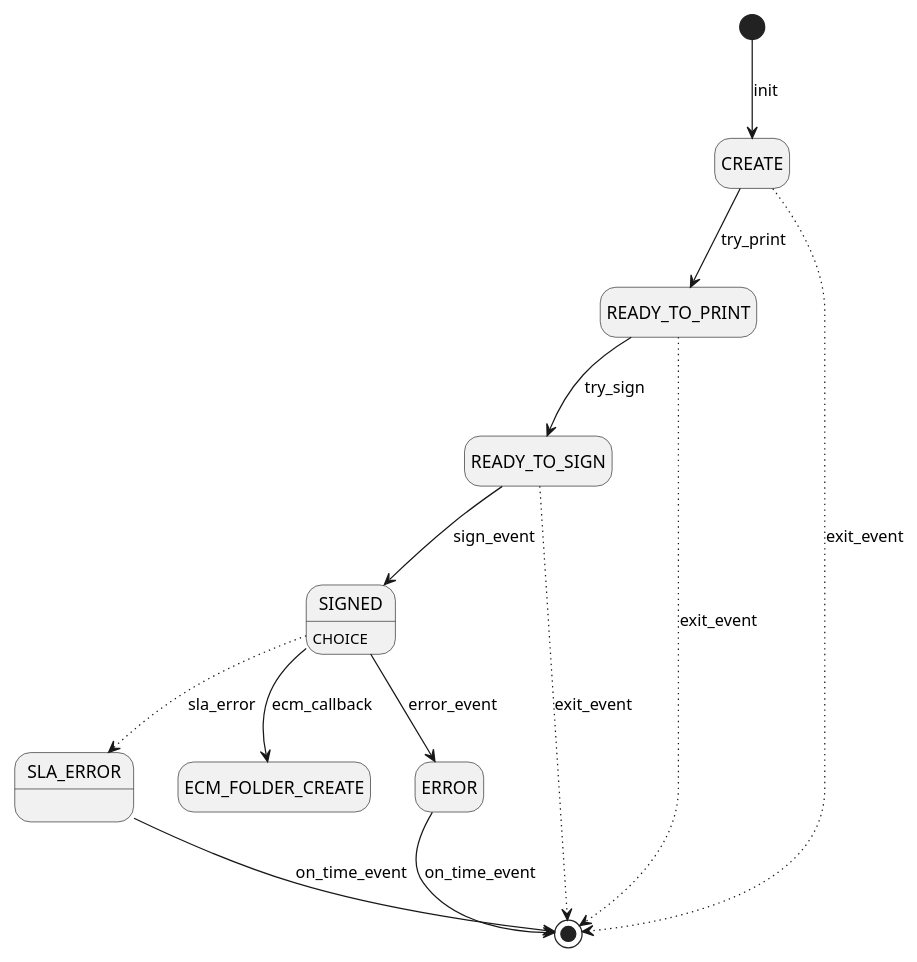
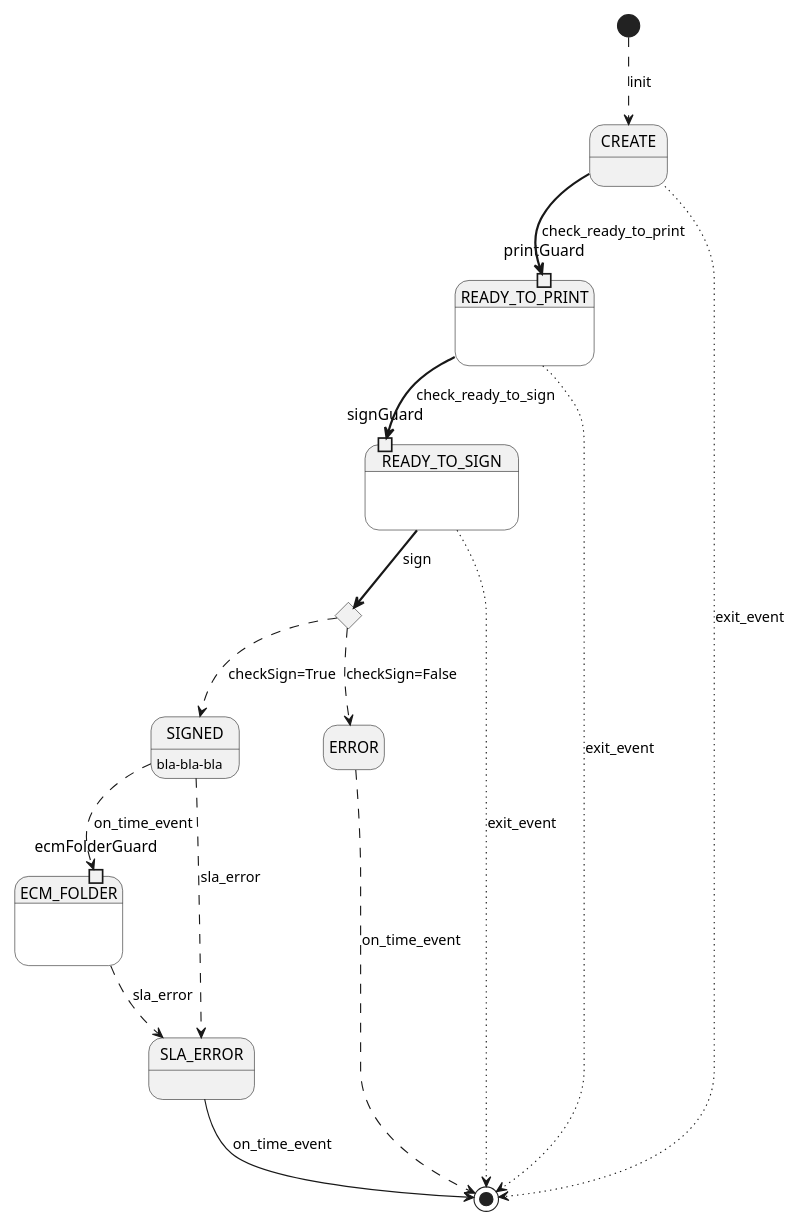
One commit to i90r-rodionov/StateMachine changed the diagram in src/main/resources/fsm/fsm.puml. Above: the diagram before and after it, drawn with PlantUML. The commit also changed 22 other files, not shown here.

```diff
--- a/src/main/resources/fsm/fsm.puml
+++ b/src/main/resources/fsm/fsm.puml
@@ -1,24 +1,45 @@
 @startuml
-scale 0.9
+scale 0.8
 
 hide empty description
 
-SIGNED:CHOICE
+CREATE:
+state READY_TO_PRINT {
+
+    state printGuard <<inputPin>>
+}
+
+state READY_TO_SIGN {
+    state signGuard <<inputPin>>
+}
+state SIGN_CHECK <<choice>>
+SIGNED:bla-bla-bla
+
+state ECM_FOLDER {
+    state ecmFolderGuard <<inputPin>>
+}
+
+
 SLA_ERROR:
 
-[*] --> CREATE : init
+[*] -[dashed]-> CREATE : init
 
-CREATE --> READY_TO_PRINT : try_print
-READY_TO_PRINT --> READY_TO_SIGN : try_sign
-READY_TO_SIGN --> SIGNED : sign_event
-SIGNED --> ECM_FOLDER_CREATE : ecm_callback
-SIGNED --> ERROR :error_event
-SIGNED -[dotted]-> SLA_ERROR : sla_error
+CREATE -[bold]-> printGuard : check_ready_to_print
+READY_TO_PRINT -[bold]-> signGuard : check_ready_to_sign
+READY_TO_SIGN -[bold]-> SIGN_CHECK : sign
+SIGN_CHECK -[dashed]-> ERROR : checkSign=False
+SIGN_CHECK -[dashed]-> SIGNED : checkSign=True
+SIGNED -[dashed]-> ecmFolderGuard : on_time_event
+
+
+
+SIGNED -[dashed]-> SLA_ERROR : sla_error
+ECM_FOLDER -[dashed]-> SLA_ERROR : sla_error
 
 
 CREATE -[dotted]-> [*] : exit_event
 READY_TO_PRINT -[dotted]-> [*] : exit_event
 READY_TO_SIGN -[dotted]-> [*] : exit_event
-ERROR --> [*] : on_time_event
+ERROR -[dashed]-> [*] : on_time_event
 SLA_ERROR --> [*] : on_time_event
 @enduml
```
